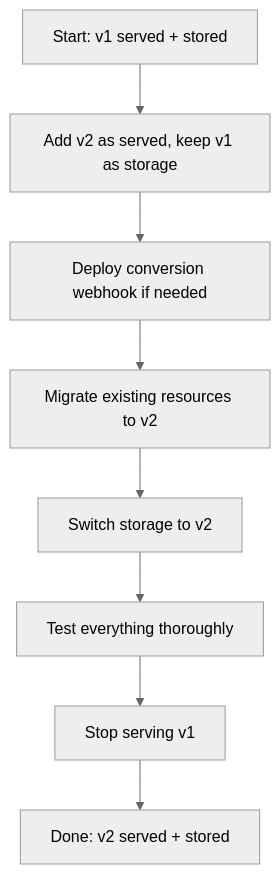
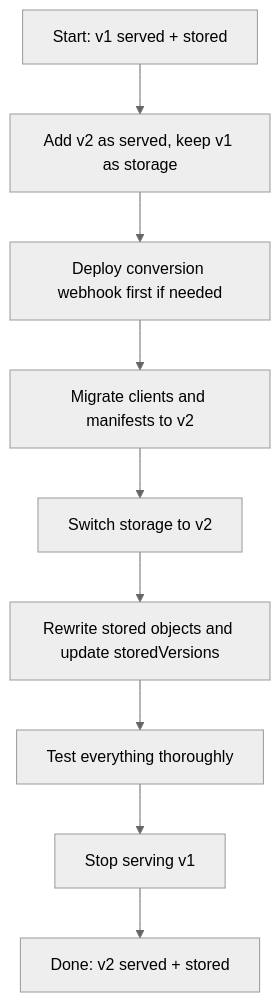
The diagram in posts/2026-02-26-handle-crd-version-upgrades-argocd/README.md (OneUptime/blog), drawn with Mermaid (neutral theme) before and after one commit. The commit also changed other lines of this file and 2 other files, not shown here.

````diff
--- a/posts/2026-02-26-handle-crd-version-upgrades-argocd/README.md
+++ b/posts/2026-02-26-handle-crd-version-upgrades-argocd/README.md
@@ -64,10 +64,11 @@
 ```mermaid
 graph TD
     A[Start: v1 served + stored] --> B[Add v2 as served, keep v1 as storage]
-    B --> C[Deploy conversion webhook if needed]
-    C --> D[Migrate existing resources to v2]
+    B --> C[Deploy conversion webhook first if needed]
+    C --> D[Migrate clients and manifests to v2]
     D --> E[Switch storage to v2]
-    E --> F[Test everything thoroughly]
-    F --> G[Stop serving v1]
-    G --> H[Done: v2 served + stored]
+    E --> F[Rewrite stored objects and update storedVersions]
+    F --> G[Test everything thoroughly]
+    G --> H[Stop serving v1]
+    H --> I[Done: v2 served + stored]
 ```
````
